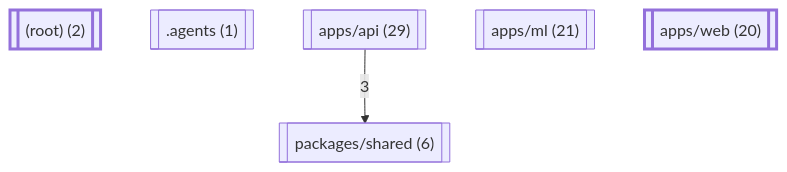
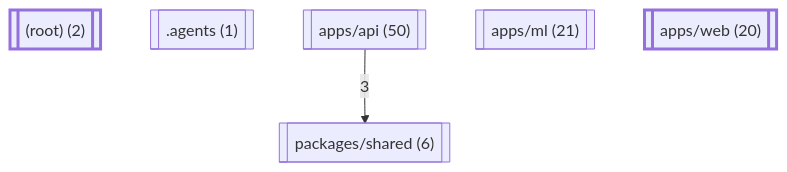
Before and after one commit to ErdemYy/NetSentry: the diagram in .ai/graph/graph.mmd, drawn with Mermaid. The commit also changed 63 other files, not shown here.

```diff
--- a/.ai/graph/graph.mmd
+++ b/.ai/graph/graph.mmd
@@ -1,18 +1,18 @@
 %% project-intel graph view: Dependency overview (by subsystem)
 %% mode=full level=subsystem nodes=6 edges=1
-%% 79 files exceed maxNodes (60); showing subsystems. Use --view subsystem --target <path> for detail; graph.json has the full graph.
+%% 100 files exceed maxNodes (60); showing subsystems. Use --view subsystem --target <path> for detail; graph.json has the full graph.
 flowchart TD
   nc446879c[["(root) (2)"]]
   n304f8618[[".agents (1)"]]
-  n36245fac[["apps/api (29)"]]
+  n36245fac[["apps/api (50)"]]
   n3b7669be[["apps/ml (21)"]]
   ne97c5dd0[["apps/web (20)"]]
   n21f228d0[["packages/shared (6)"]]
   n36245fac -->|3| n21f228d0
   classDef surface stroke-width:3px;
   classDef entry stroke-width:3px,stroke-dasharray:6 2;
   classDef external stroke-dasharray:4 3;
   classDef outside stroke-dasharray:2 2;
   classDef target fill:#fff3b0,stroke:#555555;
   classDef note stroke-dasharray:4 3;
   class nc446879c,ne97c5dd0 surface;
```
